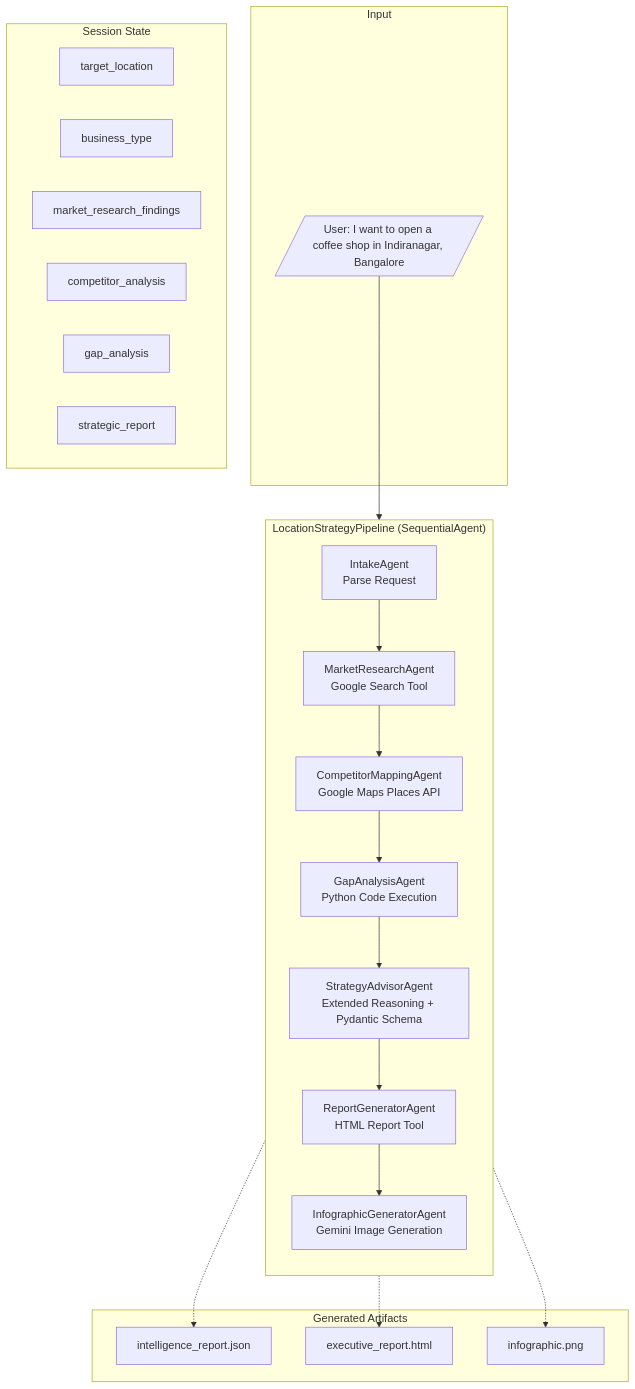
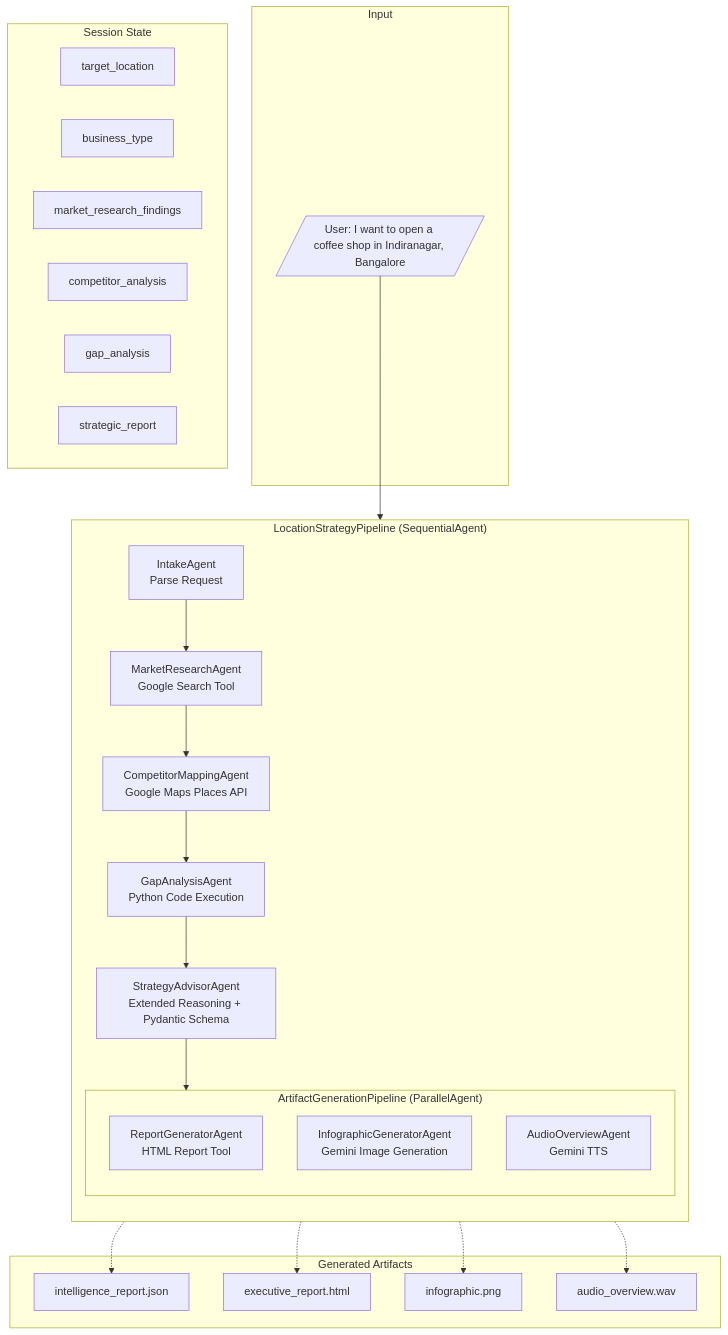
One commit to dmoonat/build-with-adk changed the diagram in retail-ai-location-strategy/DEVELOPER_GUIDE.md. Above: the diagram before and after it, drawn with Mermaid. The commit also changed other lines of this file and 12 other files, not shown here.

First line of the commit message:
add audio overview feature with parallel artifact generation

````diff
--- a/retail-ai-location-strategy/DEVELOPER_GUIDE.md
+++ b/retail-ai-location-strategy/DEVELOPER_GUIDE.md
@@ -61,39 +63,45 @@
 ```mermaid
 flowchart TB
     subgraph Input
         U[/"User: I want to open a coffee shop in Indiranagar, Bangalore"/]
     end
 
     subgraph Pipeline["LocationStrategyPipeline (SequentialAgent)"]
         direction TB
         A0["IntakeAgent<br/>Parse Request"]
         A1["MarketResearchAgent<br/>Google Search Tool"]
         A2["CompetitorMappingAgent<br/>Google Maps Places API"]
         A3["GapAnalysisAgent<br/>Python Code Execution"]
         A4["StrategyAdvisorAgent<br/>Extended Reasoning + Pydantic Schema"]
-        A5["ReportGeneratorAgent<br/>HTML Report Tool"]
-        A6["InfographicGeneratorAgent<br/>Gemini Image Generation"]
 
-        A0 --> A1 --> A2 --> A3 --> A4 --> A5 --> A6
+        subgraph Parallel["ArtifactGenerationPipeline (ParallelAgent)"]
+            A5["ReportGeneratorAgent<br/>HTML Report Tool"]
+            A6["InfographicGeneratorAgent<br/>Gemini Image Generation"]
+            A7["AudioOverviewAgent<br/>Gemini TTS"]
+        end
+
+        A0 --> A1 --> A2 --> A3 --> A4 --> Parallel
     end
 
     subgraph State["Session State"]
         S1["target_location"]
         S2["business_type"]
         S3["market_research_findings"]
         S4["competitor_analysis"]
         S5["gap_analysis"]
         S6["strategic_report"]
     end
 
     subgraph Artifacts["Generated Artifacts"]
         O1["intelligence_report.json"]
         O2["executive_report.html"]
         O3["infographic.png"]
+        O4["audio_overview.wav"]
     end
 
     U --> A0
     A4 -.-> O1
     A5 -.-> O2
     A6 -.-> O3
+    A7 -.-> O4
 ```
````
